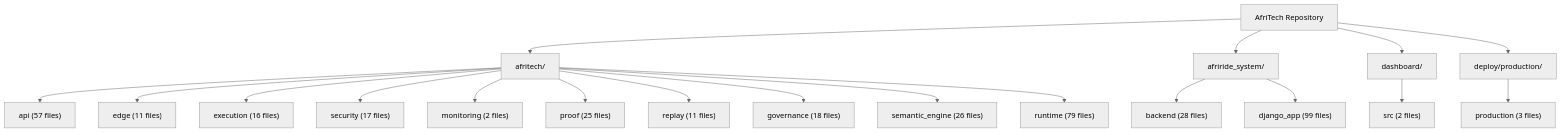
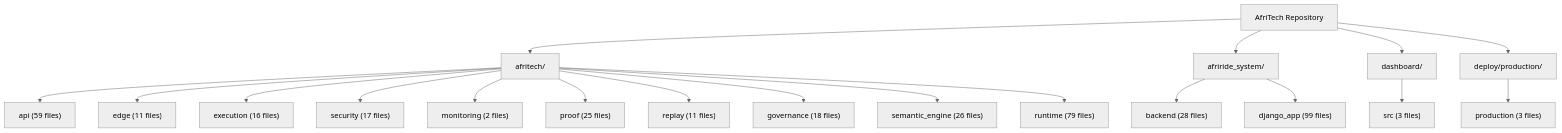
Before and after one commit to Strelly2023/afritelematics: the second of 2 diagrams in docs/architecture/AFRITECH_FULL_ARCHITECTURE_GRAPH.md, drawn with Mermaid (neutral theme). The commit also changed other lines of this file and 15 other files, not shown here.

````diff
--- a/docs/architecture/AFRITECH_FULL_ARCHITECTURE_GRAPH.md
+++ b/docs/architecture/AFRITECH_FULL_ARCHITECTURE_GRAPH.md
@@ -64,23 +64,23 @@
 ```mermaid
 flowchart TD
     Root["AfriTech Repository"] --> Core["afritech/"]
     Root --> Ride["afriride_system/"]
     Root --> Ui["dashboard/"]
     Root --> Deploy["deploy/production/"]
 
-    Core --> Api["api (57 files)"]
+    Core --> Api["api (59 files)"]
     Core --> Edge["edge (11 files)"]
     Core --> Execution["execution (16 files)"]
     Core --> Security["security (17 files)"]
     Core --> Monitoring["monitoring (2 files)"]
     Core --> Proof["proof (25 files)"]
     Core --> Replay["replay (11 files)"]
     Core --> Governance["governance (18 files)"]
     Core --> Semantic["semantic_engine (26 files)"]
     Core --> Runtime["runtime (79 files)"]
 
     Ride --> Backend["backend (28 files)"]
     Ride --> Django["django_app (99 files)"]
-    Ui --> Dashboard["src (2 files)"]
+    Ui --> Dashboard["src (3 files)"]
     Deploy --> Production["production (3 files)"]
 ```
````
